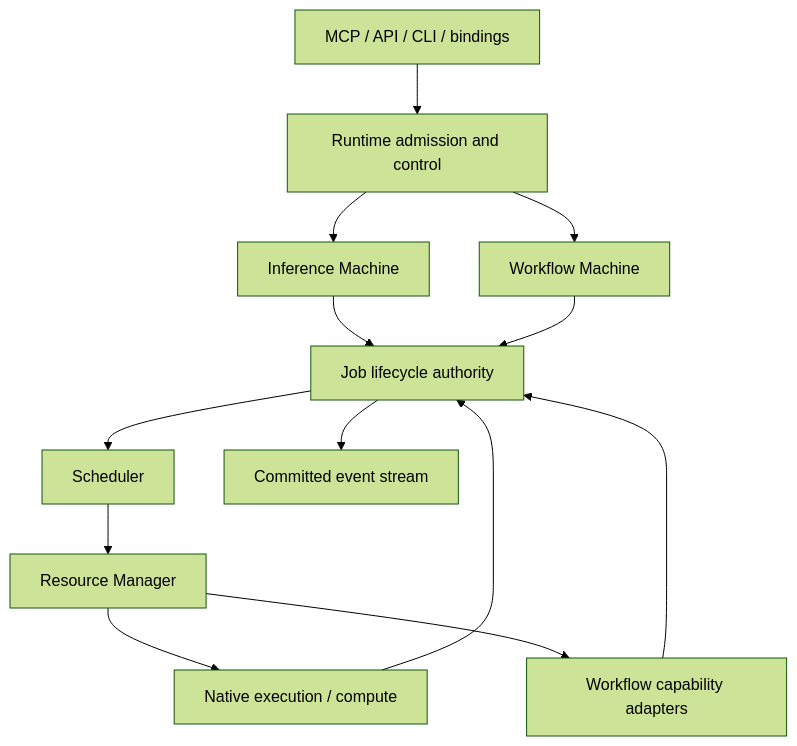
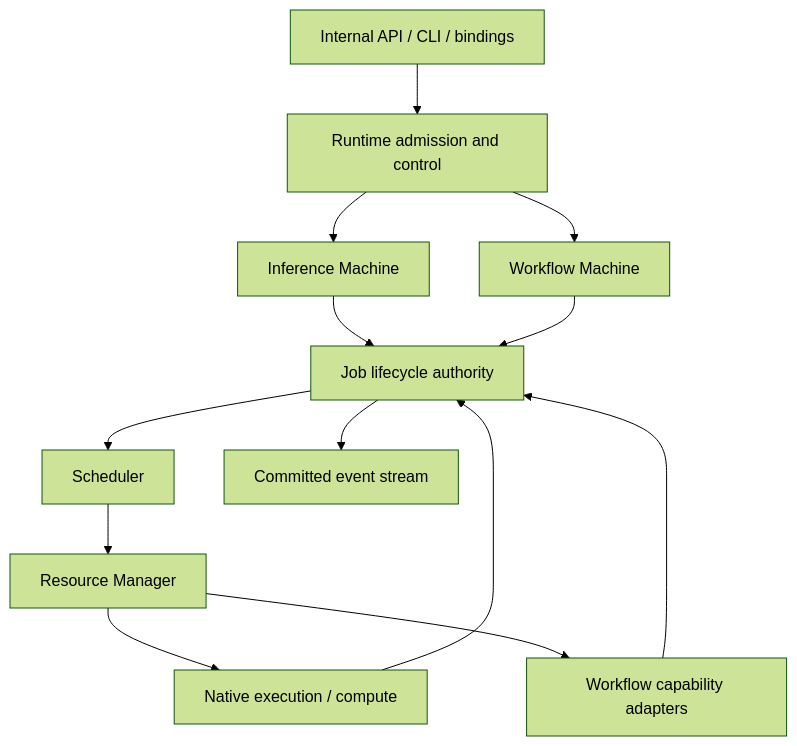
One commit to flamoris-jp/flamoris-ai-runtime changed the diagram in docs/ARCHITECTURE.md. Above: the diagram before and after it, drawn with Mermaid (forest theme). The commit also changed other lines of this file and 12 other files, not shown here.

````diff
--- a/docs/ARCHITECTURE.md
+++ b/docs/ARCHITECTURE.md
@@ -31,15 +31,15 @@
 ```mermaid
 flowchart TD
-  Caller["MCP / API / CLI / bindings"] --> Kernel["Runtime admission and control"]
+  Caller["Internal API / CLI / bindings"] --> Kernel["Runtime admission and control"]
   Kernel --> Inference["Inference Machine"]
   Kernel --> Workflow["Workflow Machine"]
   Inference --> Jobs["Job lifecycle authority"]
   Workflow --> Jobs
   Jobs --> Scheduler["Scheduler"]
   Scheduler --> Resources["Resource Manager"]
   Resources --> Native["Native execution / compute"]
   Resources --> Adapters["Workflow capability adapters"]
   Jobs --> Events["Committed event stream"]
   Native --> Jobs
   Adapters --> Jobs
 ```
````
